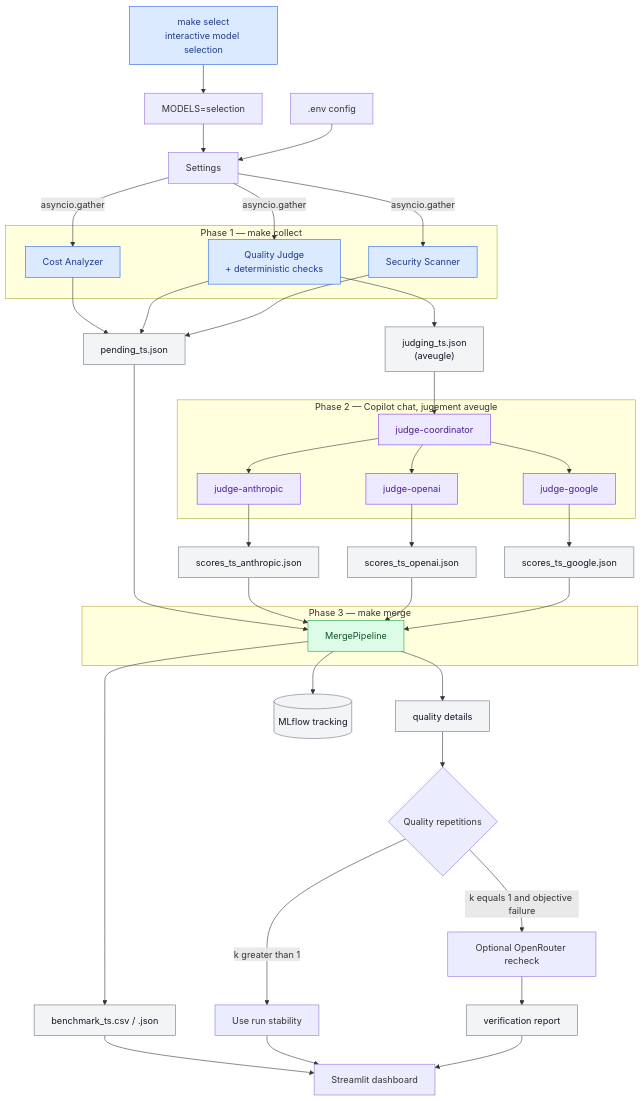
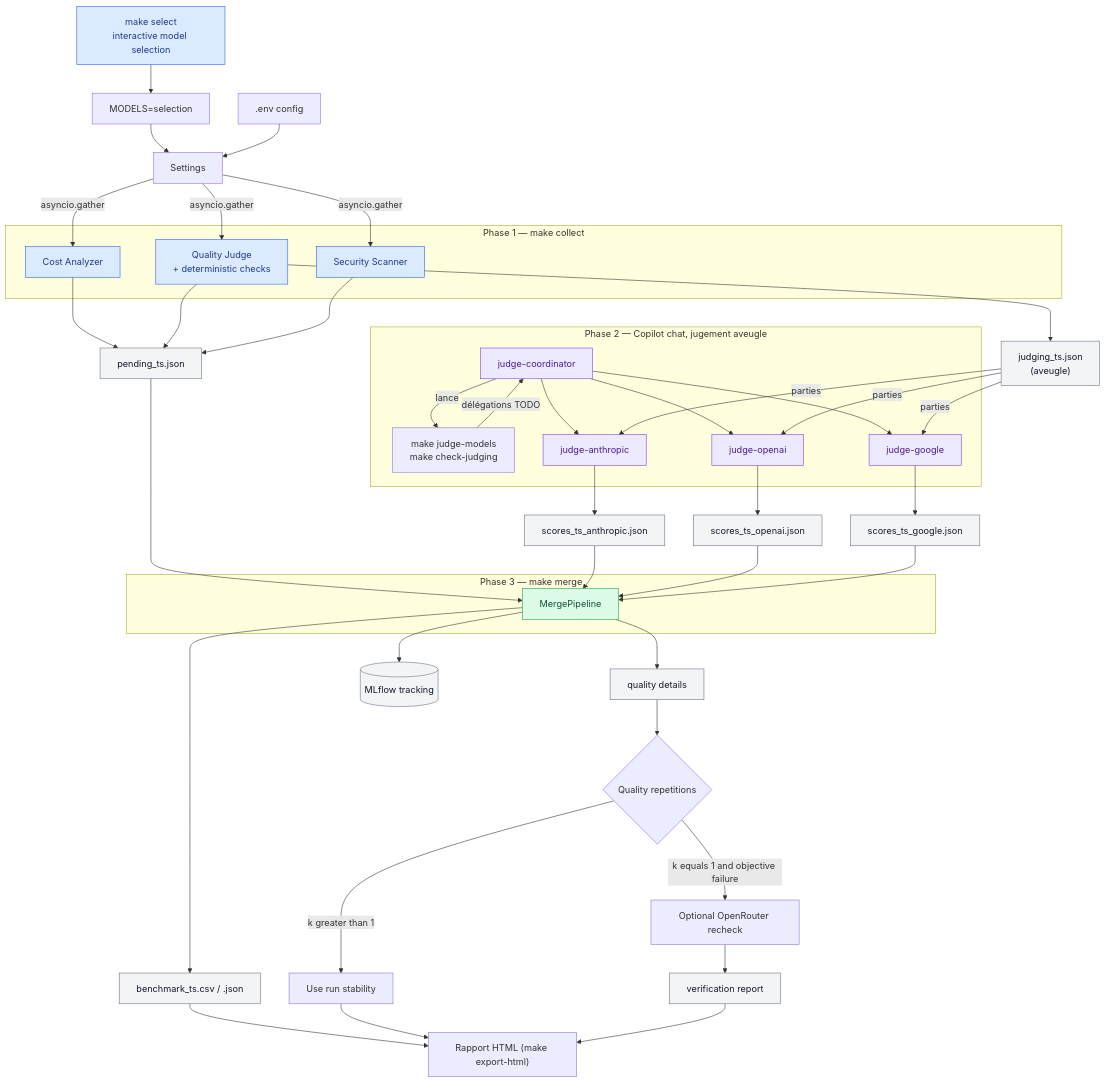
Before and after one commit to Palo-IT-GitHub-Demos/model-compass: the diagram in docs/workflow.md, drawn with Mermaid. The commit also changed other lines of this file and 81 other files, not shown here.

````diff
--- a/docs/workflow.md
+++ b/docs/workflow.md
@@ -30,67 +29,72 @@
 ```mermaid
 flowchart TD
     selector["make select\ninteractive model selection"] --> selected["MODELS=selection"]
     selected --> settings["Settings"]
     env[".env config"] --> settings["Settings"]
 
     subgraph phase1["Phase 1 — make collect"]
         cost["Cost Analyzer"]
         quality["Quality Judge<br/>+ deterministic checks"]
         security["Security Scanner"]
     end
 
     settings -->|"asyncio.gather"| cost
     settings -->|"asyncio.gather"| quality
     settings -->|"asyncio.gather"| security
 
     cost --> pending["pending_ts.json"]
     quality --> pending
     quality --> judging["judging_ts.json<br/>(aveugle)"]
     security --> pending
 
     subgraph phase2["Phase 2 — Copilot chat, jugement aveugle"]
         coordinator["judge-coordinator"]
+        check["make judge-models<br/>make check-judging"]
         anthropic["judge-anthropic"]
         openai["judge-openai"]
         google["judge-google"]
+        coordinator -->|"lance"| check
+        check -->|"délégations TODO"| coordinator
         coordinator --> anthropic
         coordinator --> openai
         coordinator --> google
     end
 
-    judging --> coordinator
+    judging -->|"parties"| anthropic
+    judging -->|"parties"| openai
+    judging -->|"parties"| google
     anthropic --> scoresA["scores_ts_anthropic.json"]
     openai --> scoresO["scores_ts_openai.json"]
     google --> scoresG["scores_ts_google.json"]
 
     subgraph phase3["Phase 3 — make merge"]
         merge["MergePipeline"]
     end
 
     pending --> merge
     scoresA --> merge
     scoresO --> merge
     scoresG --> merge
 
     merge --> results["benchmark_ts.csv / .json"]
     merge --> details["quality details"]
     merge --> mlflowdb[("MLflow tracking")]
-    results --> dashboard["Streamlit dashboard"]
+    results --> dashboard["Rapport HTML (make export-html)"]
     details --> repetitions{"Quality repetitions"}
     repetitions -->|"k greater than 1"| stability["Use run stability"]
     repetitions -->|"k equals 1 and objective failure"| recheck["Optional OpenRouter recheck"]
     recheck --> verification["verification report"]
     stability --> dashboard
     verification --> dashboard
 
     classDef phase1Style fill:#dbeafe,stroke:#2563eb,color:#1e3a8a
     classDef phase2Style fill:#ede9fe,stroke:#7c3aed,color:#4c1d95
     classDef phase3Style fill:#dcfce7,stroke:#16a34a,color:#14532d
     classDef dataStyle fill:#f3f4f6,stroke:#6b7280,color:#111827
 
     class selector phase1Style
     class cost,quality,security phase1Style
     class coordinator,anthropic,openai,google phase2Style
     class merge phase3Style
     class pending,judging,scoresA,scoresO,scoresG,results,details,verification,mlflowdb dataStyle
 ```
````
